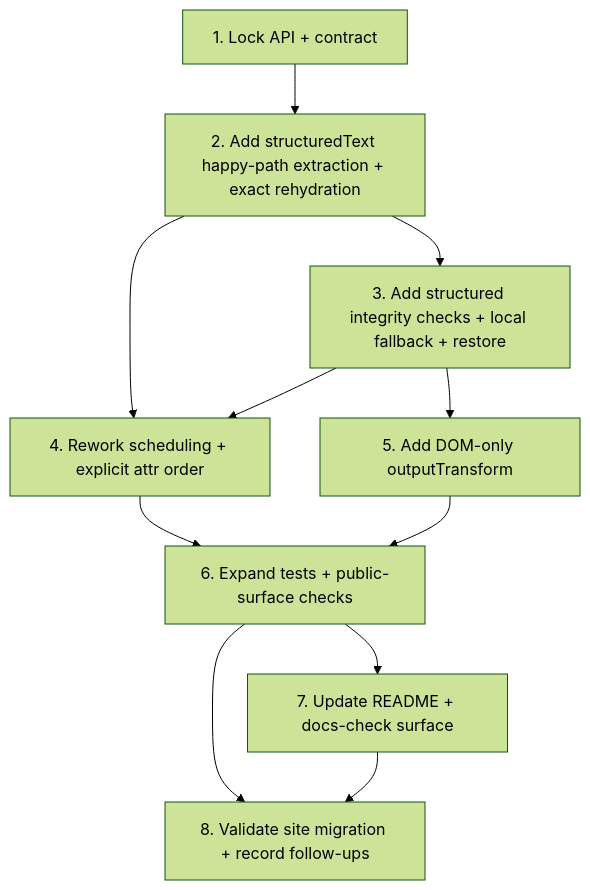
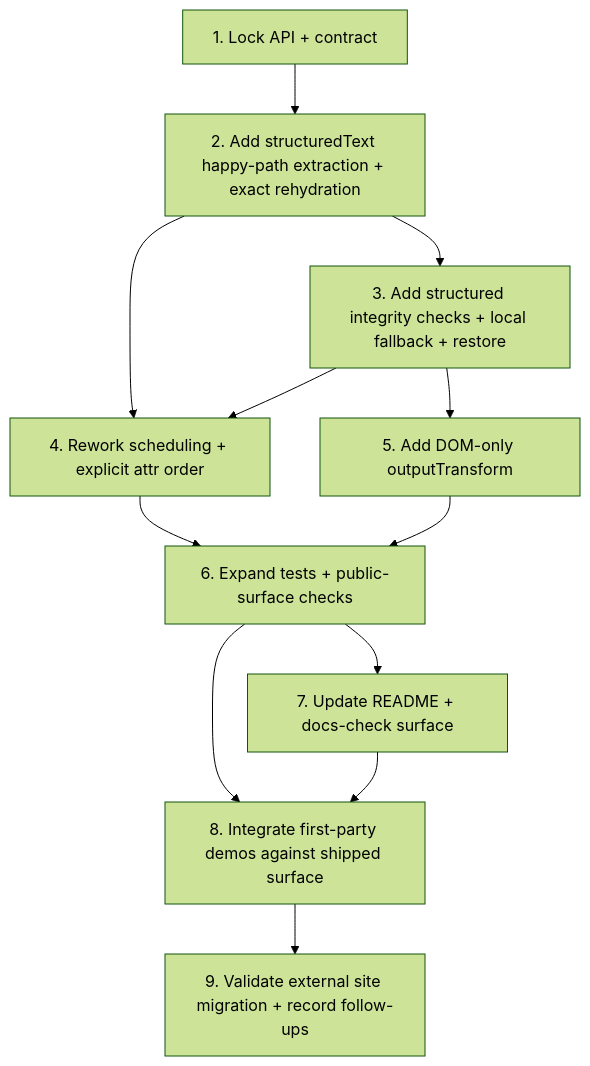
One commit to bigH/babulfish changed the diagram in docs/plans/productionizing.md. Above: the diagram before and after it, drawn with Mermaid (forest theme). The commit also changed other lines of this file, not shown here.

````diff
--- a/docs/plans/productionizing.md
+++ b/docs/plans/productionizing.md
@@ -355,22 +357,24 @@
 ```mermaid
 graph TD
   T1[1. Lock API + contract]
   T2[2. Add structuredText happy-path extraction + exact rehydration]
   T3[3. Add structured integrity checks + local fallback + restore]
   T4[4. Rework scheduling + explicit attr order]
   T5[5. Add DOM-only outputTransform]
   T6[6. Expand tests + public-surface checks]
   T7[7. Update README + docs-check surface]
-  T8[8. Validate site migration + record follow-ups]
+  T8[8. Integrate first-party demos against shipped surface]
+  T9[9. Validate external site migration + record follow-ups]
 
   T1 --> T2
   T2 --> T3
   T2 --> T4
   T3 --> T4
   T3 --> T5
   T4 --> T6
   T5 --> T6
   T6 --> T7
   T6 --> T8
   T7 --> T8
+  T8 --> T9
 ```
````
